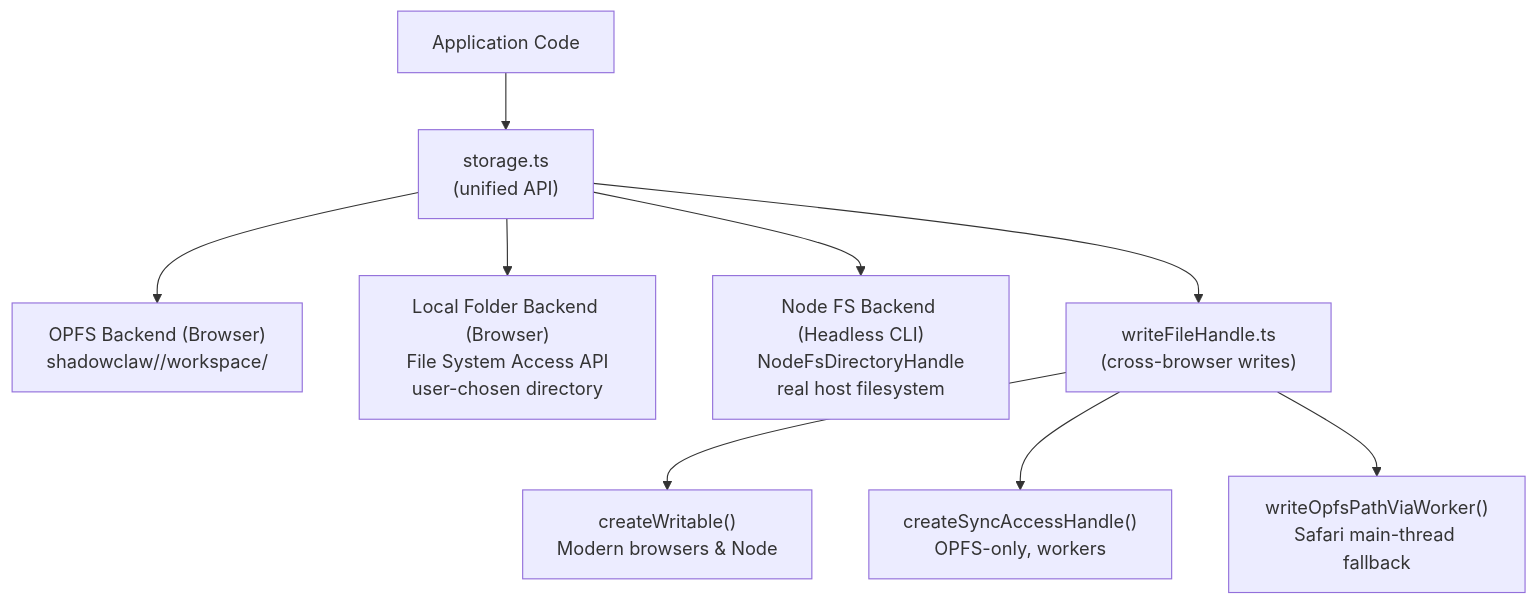
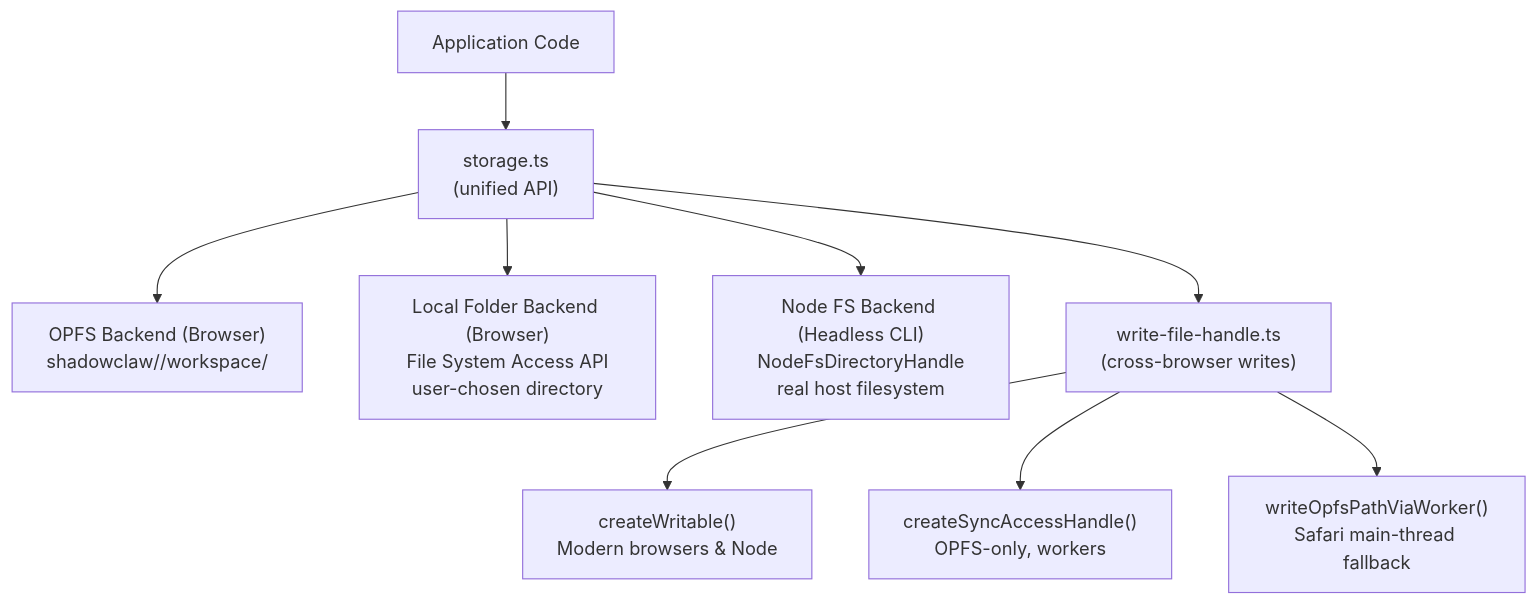
One commit to xt-ml/shadow-claw changed the first of 2 diagrams in docs/architecture/storage.md. Above: the diagram before and after it, drawn with Mermaid. The commit also changed other lines of this file and 1394 other files, not shown here.

````diff
--- a/docs/architecture/storage.md
+++ b/docs/architecture/storage.md
@@ -9,11 +9,11 @@
 ```mermaid
 graph TD
   App[Application Code] --> StorageAPI["storage.ts<br>(unified API)"]
   StorageAPI --> OPFS["OPFS Backend (Browser)<br>shadowclaw/<groupId>/workspace/"]
   StorageAPI --> LocalFS["Local Folder Backend (Browser)<br>File System Access API<br>user-chosen directory"]
   StorageAPI --> NodeFS["Node FS Backend (Headless CLI)<br>NodeFsDirectoryHandle<br>real host filesystem"]
-  StorageAPI --> WritePath["writeFileHandle.ts<br>(cross-browser writes)"]
+  StorageAPI --> WritePath["write-file-handle.ts<br>(cross-browser writes)"]
   WritePath --> Standard["createWritable()<br>Modern browsers & Node"]
   WritePath --> Sync["createSyncAccessHandle()<br>OPFS-only, workers"]
   WritePath --> WorkerFB["writeOpfsPathViaWorker()<br>Safari main-thread fallback"]
 ```
````
